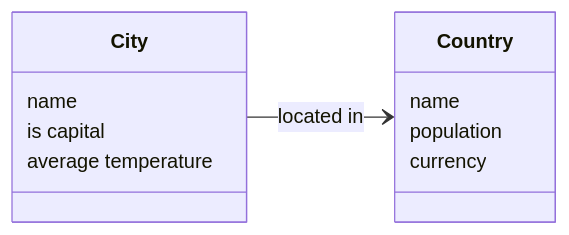
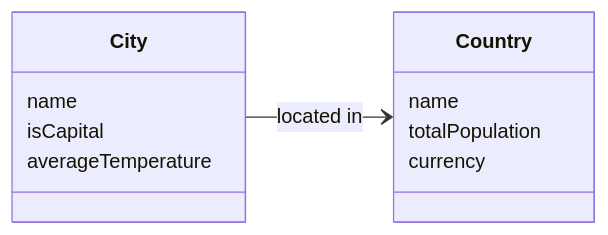
The second of 3 diagrams in module_3_relationships/3.1_one_to_many_relationships/3.1.1_reading_one_to_many_relationships.md (mmantle-hud/githubpages), drawn with Mermaid before and after one commit. The commit also changed other lines of this file and 13 other files, not shown here.

```diff
--- a/module_3_relationships/3.1_one_to_many_relationships/3.1.1_reading_one_to_many_relationships.md
+++ b/module_3_relationships/3.1_one_to_many_relationships/3.1.1_reading_one_to_many_relationships.md
@@ -41,17 +39,17 @@
 <pre class="mermaid">
 classDiagram 
     accTitle: Conceptual ERD showing Country and City
-    accDescr: Shows the Country and City entities
+    accDescr: Shows the Country and City entities and a relationship
     direction LR
     City --> Country : located in
     class Country{
       name
-      population
+      totalPopulation
       currency
     }
     class City{
         name
-        is capital
-        average temperature
+        isCapital
+        averageTemperature
     }
 </pre>
```
